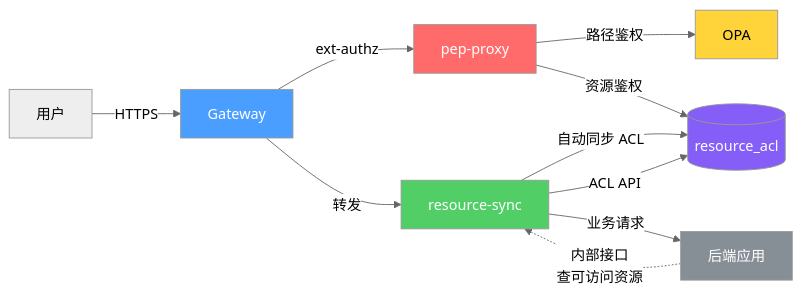
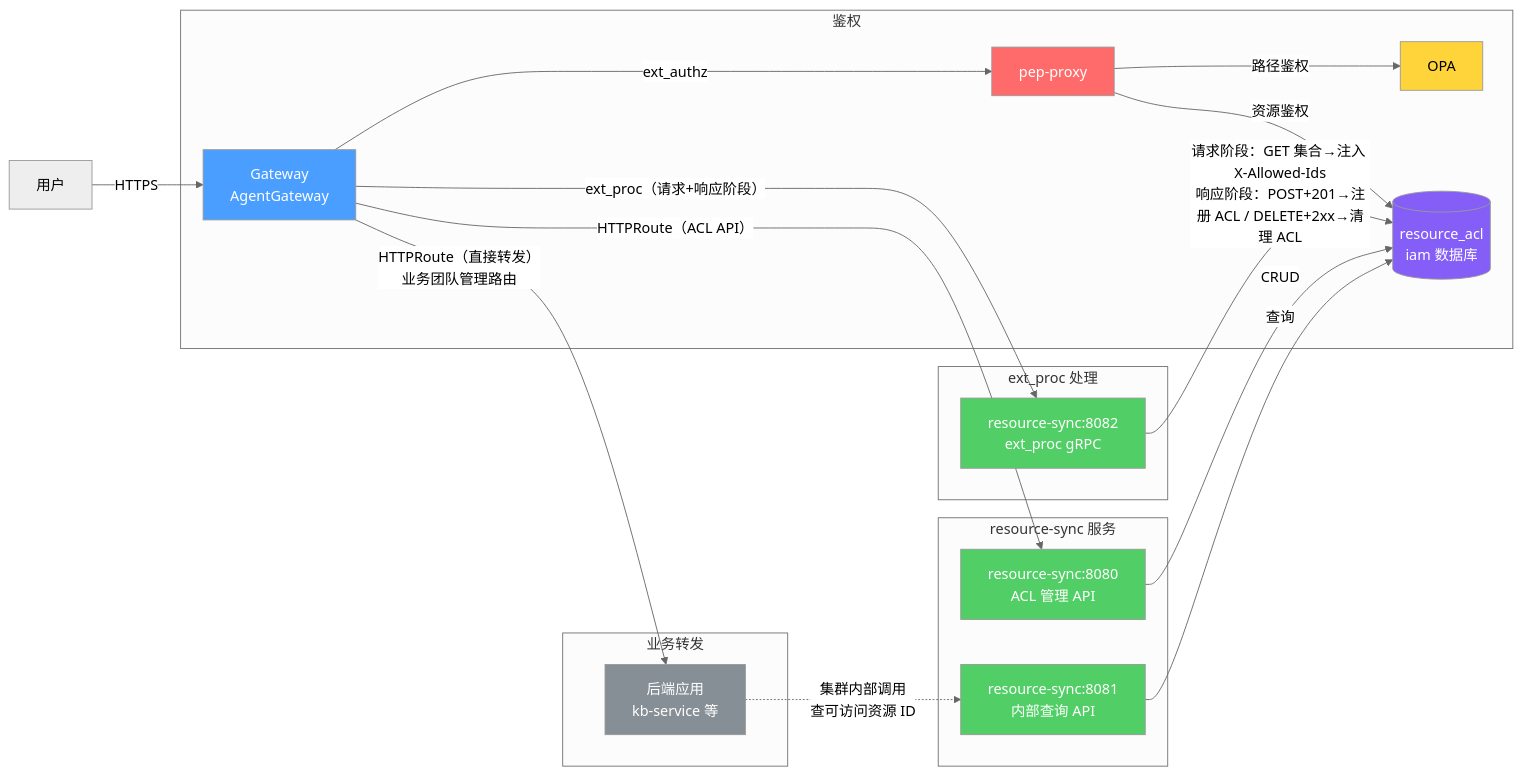
One commit to xiewanchao/aidp-iam changed diagram 15 of 15 in diagrams/request-flow.md. Above: the diagram before and after it, drawn with Mermaid (neutral theme). The commit also changed other lines of this file and 5 other files, not shown here.

````diff
--- a/diagrams/request-flow.md
+++ b/diagrams/request-flow.md
@@ -493,19 +551,39 @@
 ```mermaid
 flowchart LR
-    U[用户] -->|HTTPS| GW[Gateway]
-    GW -->|ext-authz| PEP[pep-proxy]
-    PEP -->|路径鉴权| OPA[OPA]
-    PEP -->|资源鉴权| DB[(resource_acl)]
-    GW -->|转发| RS[resource-sync]
-    RS -->|业务请求| APP[后端应用]
-    RS -->|自动同步 ACL| DB
-    RS -->|ACL API| DB
-    APP -.->|内部接口<br/>查可访问资源| RS
+    U[用户] -->|HTTPS| GW[Gateway<br/>AgentGateway]
+
+    subgraph 鉴权
+        GW -->|ext_authz| PEP[pep-proxy]
+        PEP -->|路径鉴权| OPA[OPA]
+        PEP -->|资源鉴权| DB[(resource_acl<br/>iam 数据库)]
+    end
+
+    subgraph 业务转发
+        GW -->|"HTTPRoute（直接转发）<br/>业务团队管理路由"| APP[后端应用<br/>kb-service 等]
+    end
+
+    subgraph ext_proc 处理
+        GW -->|"ext_proc（请求+响应阶段）"| EP[resource-sync:8082<br/>ext_proc gRPC]
+        EP -->|"请求阶段：GET 集合→注入 X-Allowed-Ids<br/>响应阶段：POST+201→注册 ACL / DELETE+2xx→清理 ACL"| DB
+    end
+
+    subgraph resource-sync 服务
+        RS8080[resource-sync:8080<br/>ACL 管理 API]
+        RS8081[resource-sync:8081<br/>内部查询 API]
+        EP
+    end
+
+    GW -->|"HTTPRoute（ACL API）"| RS8080
+    RS8080 -->|CRUD| DB
+    APP -.->|"集群内部调用<br/>查可访问资源 ID"| RS8081
+    RS8081 -->|查询| DB
 
     style GW fill:#4a9eff,color:#fff
     style PEP fill:#ff6b6b,color:#fff
-    style RS fill:#51cf66,color:#fff
+    style EP fill:#51cf66,color:#fff
+    style RS8080 fill:#51cf66,color:#fff
+    style RS8081 fill:#51cf66,color:#fff
     style OPA fill:#ffd43b,color:#000
     style DB fill:#845ef7,color:#fff
     style APP fill:#868e96,color:#fff
 ```
````
